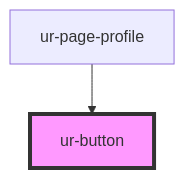
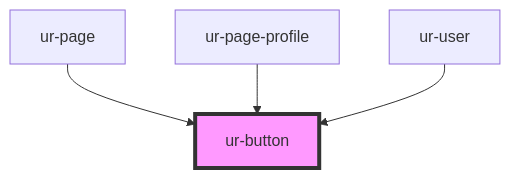
The diagram in src/components/ur-button/readme.md (hellish/urnovl-web-components), drawn with Mermaid before and after one commit. The commit also changed other lines of this file and 4 other files, not shown here.

````diff
--- a/src/components/ur-button/readme.md
+++ b/src/components/ur-button/readme.md
@@ -25,5 +27,7 @@
 ```mermaid
 graph TD;
+  ur-page --> ur-button
   ur-page-profile --> ur-button
+  ur-user --> ur-button
   style ur-button fill:#f9f,stroke:#333,stroke-width:4px
 ```
````
